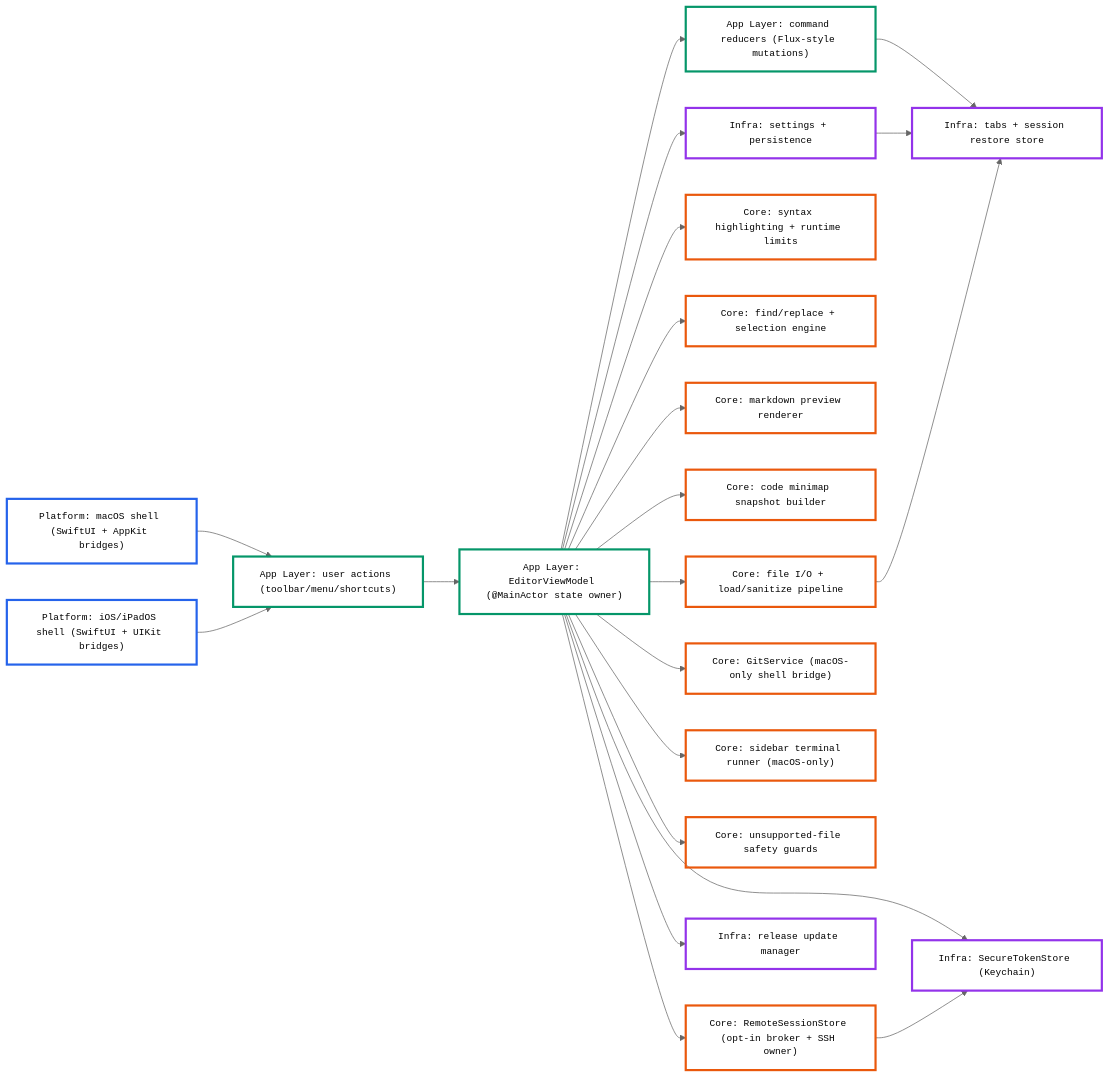
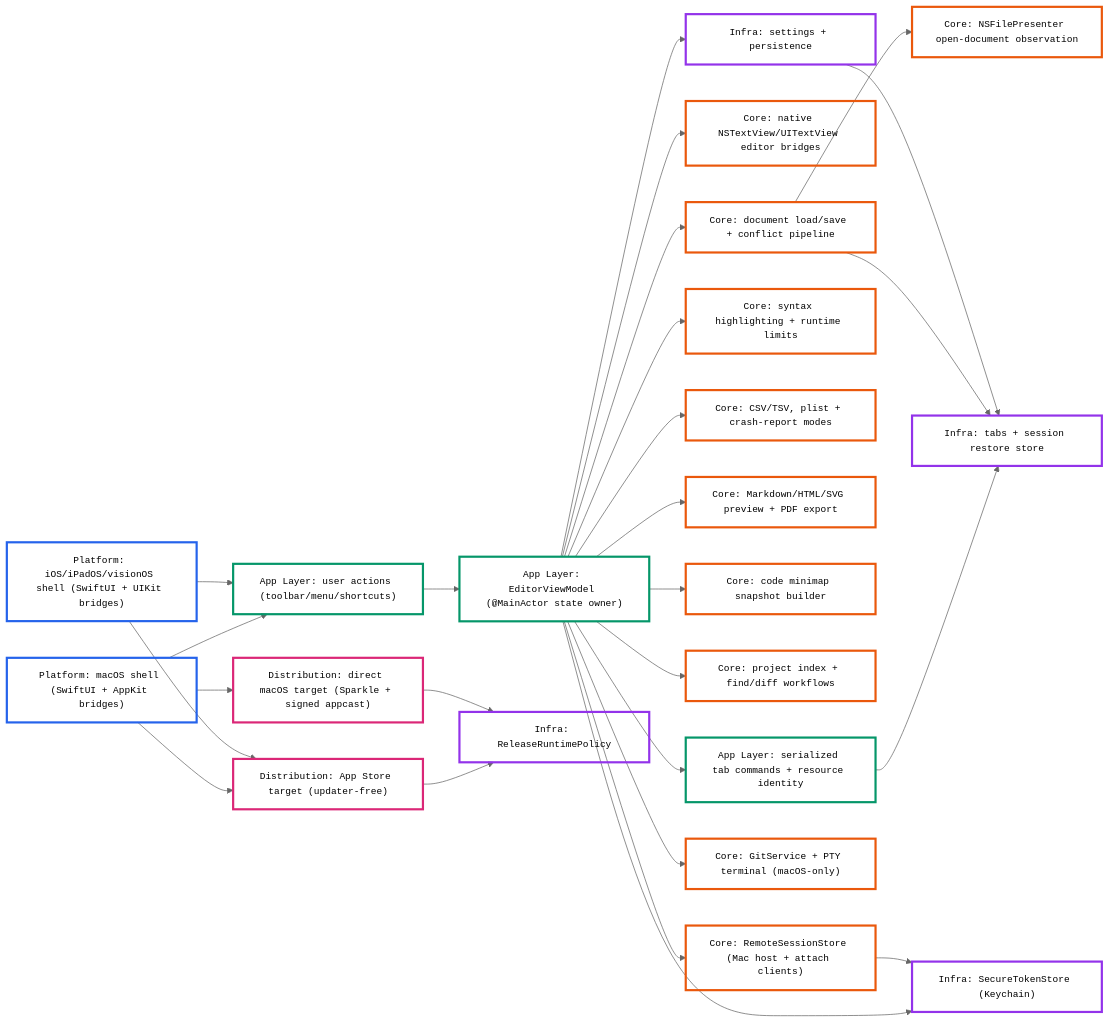
The diagram in README.md (h3pdesign/Neon-Vision-Editor), drawn with Mermaid (neutral theme) before and after one commit. The commit also changed other lines of this file and 1 other file, not shown here.

Commit message:
docs: promote shared-file sync feature

````diff
--- a/README.md
+++ b/README.md
@@ -425,52 +432,62 @@
 ```mermaid
 flowchart LR
   Mac["Platform: macOS shell (SwiftUI + AppKit bridges)"]
-  IOS["Platform: iOS/iPadOS shell (SwiftUI + UIKit bridges)"]
+  Touch["Platform: iOS/iPadOS/visionOS shell (SwiftUI + UIKit bridges)"]
   ACT["App Layer: user actions (toolbar/menu/shortcuts)"]
   VM["App Layer: EditorViewModel (@MainActor state owner)"]
-  CMD["App Layer: command reducers (Flux-style mutations)"]
-  IO["Core: file I/O + load/sanitize pipeline"]
+  CMD["App Layer: serialized tab commands + resource identity"]
+  TEXT["Core: native NSTextView/UITextView editor bridges"]
+  DOC["Core: document load/save + conflict pipeline"]
+  OBS["Core: NSFilePresenter open-document observation"]
   HL["Core: syntax highlighting + runtime limits"]
-  FIND["Core: find/replace + selection engine"]
-  PREV["Core: markdown preview renderer"]
+  STRUCT["Core: CSV/TSV, plist + crash-report modes"]
+  PREV["Core: Markdown/HTML/SVG preview + PDF export"]
   MINI["Core: code minimap snapshot builder"]
-  REMOTE["Core: RemoteSessionStore (opt-in broker + SSH owner)"]
-  GIT["Core: GitService (macOS-only shell bridge)"]
-  TERM["Core: sidebar terminal runner (macOS-only)"]
-  SAFE["Core: unsupported-file safety guards"]
+  NAV["Core: project index + find/diff workflows"]
+  REMOTE["Core: RemoteSessionStore (Mac host + attach clients)"]
+  DESKTOP["Core: GitService + PTY terminal (macOS-only)"]
   STORE["Infra: tabs + session restore store"]
   PREFS["Infra: settings + persistence"]
   SEC["Infra: SecureTokenStore (Keychain)"]
-  UPD["Infra: release update manager"]
+  POLICY["Infra: ReleaseRuntimePolicy"]
+  MAS["Distribution: App Store target (updater-free)"]
+  DIRECT["Distribution: direct macOS target (Sparkle + signed appcast)"]
 
   Mac --> ACT
-  IOS --> ACT
+  Touch --> ACT
   ACT --> VM
   VM --> CMD
   CMD --> STORE
-  VM --> IO
+  VM --> TEXT
+  VM --> DOC
+  DOC --> OBS
+  DOC --> STORE
   VM --> HL
-  VM --> FIND
+  VM --> STRUCT
   VM --> PREV
   VM --> MINI
+  VM --> NAV
   VM --> REMOTE
-  VM --> GIT
-  VM --> TERM
-  VM --> SAFE
+  VM --> DESKTOP
   VM --> PREFS
-  VM --> UPD
   PREFS --> STORE
-  IO --> STORE
   VM --> SEC
   REMOTE --> SEC
+  Mac --> MAS
+  Mac --> DIRECT
+  Touch --> MAS
+  MAS --> POLICY
+  DIRECT --> POLICY
 
   classDef platform stroke:#2563EB,stroke-width:3px,fill:transparent,font-family:ui-monospace\, SFMono-Regular\, Menlo\, Monaco\, Consolas\, Liberation Mono\, monospace,font-size:13px;
   classDef app stroke:#059669,stroke-width:3px,fill:transparent,font-family:ui-monospace\, SFMono-Regular\, Menlo\, Monaco\, Consolas\, Liberation Mono\, monospace,font-size:13px;
   classDef core stroke:#EA580C,stroke-width:3px,fill:transparent,font-family:ui-monospace\, SFMono-Regular\, Menlo\, Monaco\, Consolas\, Liberation Mono\, monospace,font-size:13px;
   classDef infra stroke:#9333EA,stroke-width:3px,fill:transparent,font-family:ui-monospace\, SFMono-Regular\, Menlo\, Monaco\, Consolas\, Liberation Mono\, monospace,font-size:13px;
+  classDef distribution stroke:#DB2777,stroke-width:3px,fill:transparent,font-family:ui-monospace\, SFMono-Regular\, Menlo\, Monaco\, Consolas\, Liberation Mono\, monospace,font-size:13px;
 
-  class Mac,IOS platform;
+  class Mac,Touch platform;
   class ACT,VM,CMD app;
-  class IO,HL,FIND,PREV,MINI,REMOTE,GIT,TERM,SAFE core;
-  class STORE,PREFS,SEC,UPD infra;
+  class TEXT,DOC,OBS,HL,STRUCT,PREV,MINI,NAV,REMOTE,DESKTOP core;
+  class STORE,PREFS,SEC,POLICY infra;
+  class MAS,DIRECT distribution;
 ```
````
